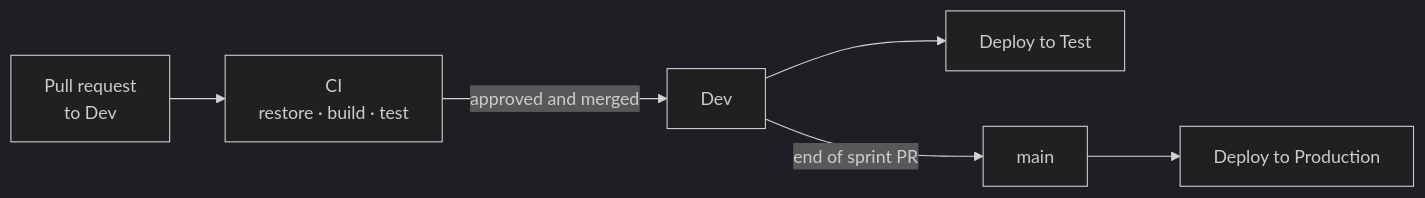
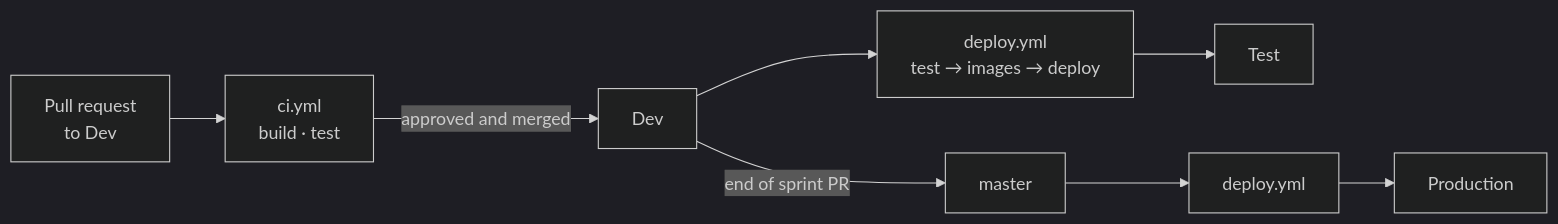
The diagram in docs/deployment.md (LMS-Grupp-1/LMS), drawn with Mermaid (dark theme) before and after one commit. The commit also changed other lines of this file and 5 other files, not shown here.

````diff
--- a/docs/deployment.md
+++ b/docs/deployment.md
@@ -26,8 +37,10 @@
 ```mermaid
 flowchart LR
-    PR["Pull request<br/>to Dev"] --> CI["CI<br/>restore · build · test"]
+    PR["Pull request<br/>to Dev"] --> CI["ci.yml<br/>build · test"]
     CI -->|approved and merged| DEV["Dev"]
-    DEV --> TEST["Deploy to Test"]
-    DEV -->|end of sprint PR| MAIN["main"]
-    MAIN --> PROD["Deploy to Production"]
+    DEV --> DT["deploy.yml<br/>test → images → deploy"]
+    DT --> TEST["Test"]
+    DEV -->|end of sprint PR| MASTER["master"]
+    MASTER --> DP["deploy.yml"]
+    DP --> PROD["Production"]
 ```
````
